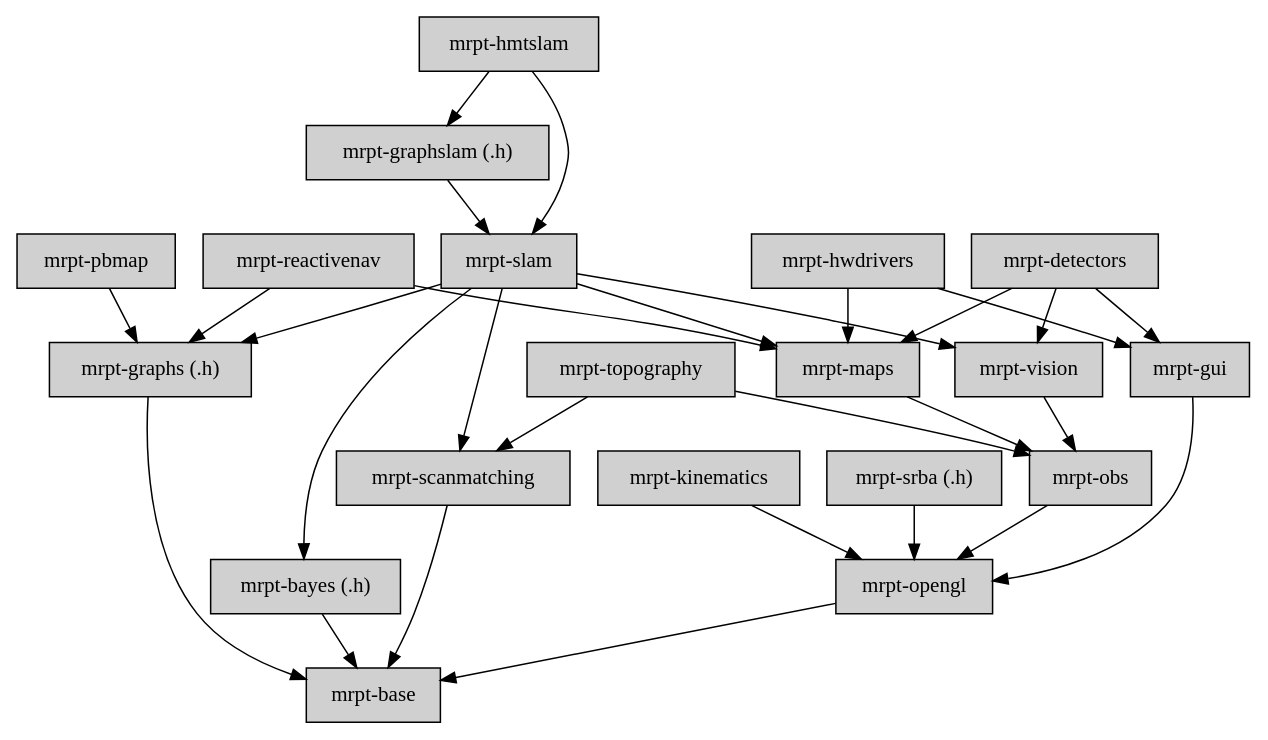
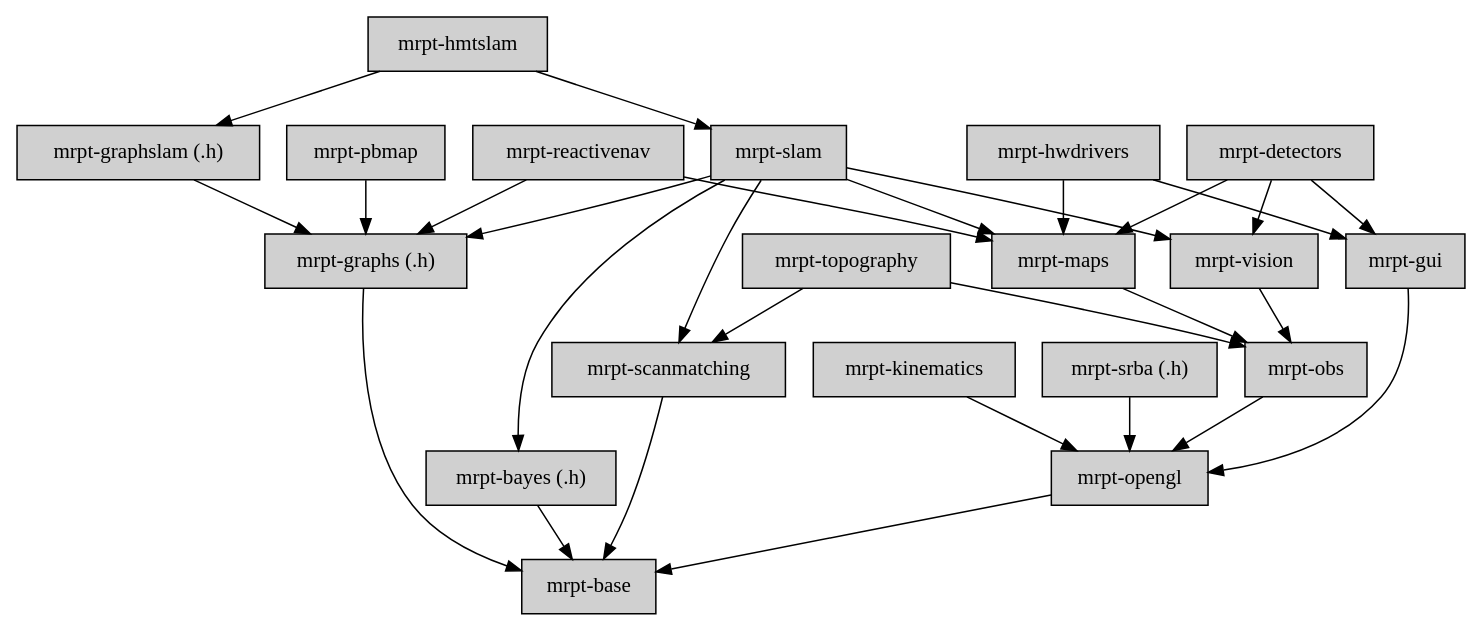
One commit to MRPT/mrpt changed the diagram in doc/design_of_images/graph_mrpt_libs.dot. Above: the diagram before and after it, drawn with Graphviz. The commit also changed 4 other files, not shown here.

Commit message:
mrpt-graphs: Reduction of unneeded dependencies

```diff
--- a/doc/design_of_images/graph_mrpt_libs.dot
+++ b/doc/design_of_images/graph_mrpt_libs.dot
@@ -1,79 +1,79 @@
 digraph MRPT_LIBS {
 
 	node [shape=box,style=filled, fillcolor="#D0D0D0"];
 
 	base 		[label="mrpt-base",URL="group__mrpt__base__grp.html"];
 	graphs		[label="mrpt-graphs (.h)",URL="group__mrpt__graphs__grp.html"];
 	bayes 		[label="mrpt-bayes (.h)",URL="group__mrpt__bayes__grp.html"];
 	opengl 		[label="mrpt-opengl", URL="group__mrpt__opengl__grp.html"];
 	gui 		[label="mrpt-gui",URL="group__mrpt__gui__grp.html"];
 	obs 		[label="mrpt-obs",URL="group__mrpt__obs__grp.html"];
 	hwdrivers 	[label="mrpt-hwdrivers",URL="group__mrpt__hwdrivers__grp.html"];
 	topography 	[label="mrpt-topography",URL="group__mrpt__topography__grp.html"];
 	maps 		[label="mrpt-maps",URL="group__mrpt__maps__grp.html"];
 	vision 		[label="mrpt-vision",URL="group__mrpt__vision__grp.html"];
 	scanmatching 		[label="mrpt-scanmatching",URL="group__mrpt__scanmatching__grp.html"];
 
 	slam 		[label="mrpt-slam",URL="group__mrpt__slam__grp.html"];
 	graphslam	[label="mrpt-graphslam (.h)",URL="group__mrpt__graphslam__grp.html"];
 	
 	hmtslam		[label="mrpt-hmtslam",URL="group__mrpt__hmtslam__grp.html"];
 	reactivenav	[label="mrpt-reactivenav",URL="group__mrpt__reactivenav__grp.html"];
 //	stereoslam	[label="mrpt-stereoslam (*)",URL="group__mrpt__stereoslam__grp.html"];
 	
 	detectors	[label="mrpt-detectors",URL="group__mrpt__detectors__grp.html"];
 
 	kinematics	[label="mrpt-kinematics",URL="group__mrpt__kinematics__grp.html"];
 
 	srba	[label="mrpt-srba (.h)",URL="group__mrpt__srba__grp.html"];
 
 	pbmap    [label="mrpt-pbmap",URL="group__mrpt__pbmap__grp.html"];
 
 
 	srba -> opengl;
 
 	pbmap -> graphs;
 
 	kinematics  -> opengl;
 	
 	graphs -> base;
 	scanmatching -> base;
 
 	bayes -> base;
 	
 	opengl -> base;
 	
 	obs -> opengl;
 	
 	gui -> opengl;
 	
 	hwdrivers -> gui;
 	hwdrivers -> maps;
 	
 	topography -> obs;
 	topography -> scanmatching;
 	
 	vision -> obs;
 	
 	maps -> obs;
 
 	slam -> maps;
 	slam -> vision;
 	slam -> scanmatching;
 	slam -> bayes;
 	slam -> graphs;
 
-	graphslam -> slam;
+	graphslam -> graphs;
 	
 	detectors -> vision;
 	detectors -> maps;
 	detectors -> gui;
 	
 	hmtslam -> slam;
 	hmtslam -> graphslam;
 
 //	stereoslam -> vision;
 	
 	reactivenav -> maps;
 	reactivenav -> graphs;
 }
```
